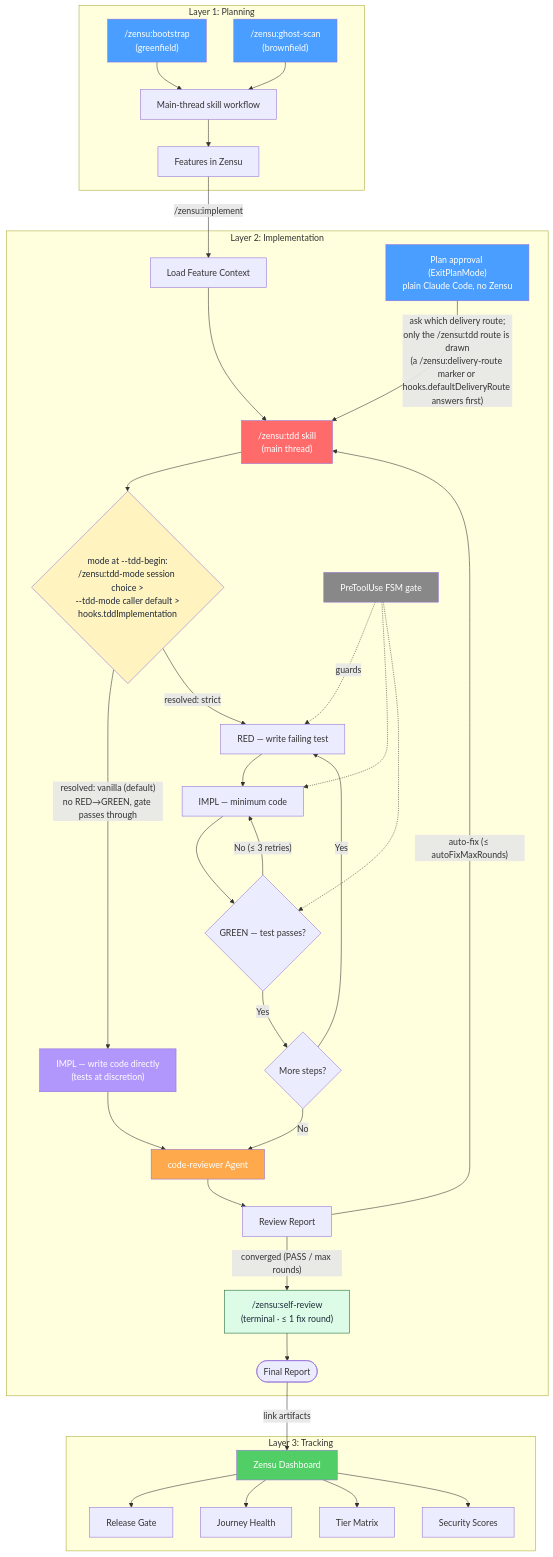
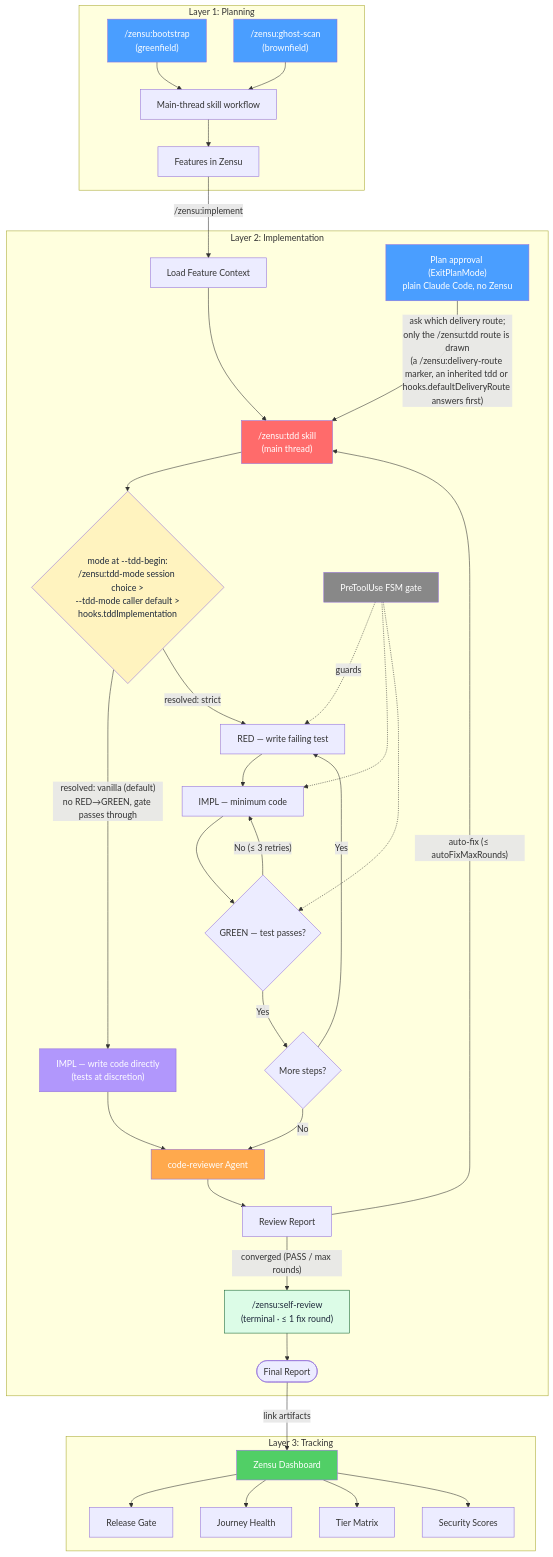
The diagram in docs/architecture.md (MKITConsulting/zensu-claude-code), drawn with Mermaid before and after one commit. The commit also changed 32 other files, not shown here.

First line of the commit message:
feat(hooks): let a linked session inherit its parent's tdd route

````diff
--- a/docs/architecture.md
+++ b/docs/architecture.md
@@ -32,50 +32,50 @@
 ```mermaid
 flowchart TD
     subgraph Planning["Layer 1: Planning"]
         A1["/zensu:bootstrap<br/>(greenfield)"] --> B["Main-thread skill workflow"]
         A2["/zensu:ghost-scan<br/>(brownfield)"] --> B
         B --> C["Features in Zensu"]
     end
 
     subgraph Implementation["Layer 2: Implementation"]
         C -->|"/zensu:implement"| D["Load Feature Context"]
-        PLAIN["Plan approval (ExitPlanMode)<br/>plain Claude Code, no Zensu"] -->|"ask which delivery route;<br/>only the /zensu:tdd route is drawn<br/>(a /zensu:delivery-route marker or hooks.defaultDeliveryRoute answers first)"| E
+        PLAIN["Plan approval (ExitPlanMode)<br/>plain Claude Code, no Zensu"] -->|"ask which delivery route;<br/>only the /zensu:tdd route is drawn<br/>(a /zensu:delivery-route marker, an inherited tdd or hooks.defaultDeliveryRoute answers first)"| E
         D --> E["/zensu:tdd skill<br/>(main thread)"]
         E --> MODE{"mode at --tdd-begin:<br/>/zensu:tdd-mode session choice ><br/>--tdd-mode caller default ><br/>hooks.tddImplementation"}
         MODE -->|"resolved: vanilla (default)<br/>no RED→GREEN, gate passes through"| VAN["IMPL — write code directly<br/>(tests at discretion)"]
         MODE -->|"resolved: strict"| RED["RED — write failing test"]
         VAN --> K
         RED --> IMPL["IMPL — minimum code"]
         IMPL --> GREEN{"GREEN — test passes?"}
         GREEN -->|"No (≤ 3 retries)"| IMPL
         GREEN -->|"Yes"| NEXT{"More steps?"}
         NEXT -->|"Yes"| RED
         NEXT -->|"No"| K["code-reviewer Agent"]
         K --> L["Review Report"]
         L -->|"auto-fix (≤ autoFixMaxRounds)"| E
         L -->|"converged (PASS / max rounds)"| SR["/zensu:self-review<br/>(terminal · ≤ 1 fix round)"]
         SR --> FR(["Final Report"])
         GATE["PreToolUse FSM gate"] -.guards.-> RED
         GATE -.-> IMPL
         GATE -.-> GREEN
     end
 
     subgraph Tracking["Layer 3: Tracking"]
         FR -->|"link artifacts"| M["Zensu Dashboard"]
         M --> Q["Release Gate"]
         M --> P["Journey Health"]
         M --> O["Tier Matrix"]
         M --> N["Security Scores"]
     end
 
     style A1 fill:#4a9eff,color:#fff
     style A2 fill:#4a9eff,color:#fff
     style PLAIN fill:#4a9eff,color:#fff
     style E fill:#ff6b6b,color:#fff
     style MODE fill:#fff3bf,color:#1e293b
     style VAN fill:#b197fc,color:#fff
     style GATE fill:#888,color:#fff
     style K fill:#ffa94d,color:#fff
     style SR fill:#dcfce7,stroke:#166534,color:#1e293b
     style M fill:#51cf66,color:#fff
 ```
````
